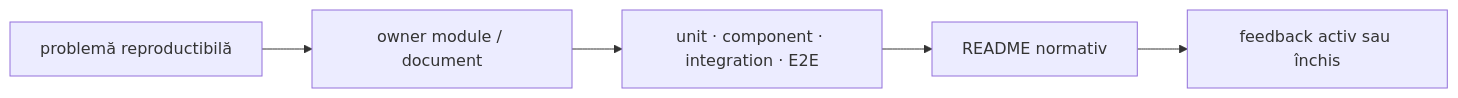
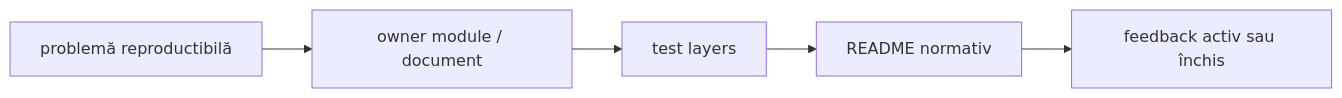
Before and after one commit to crististefanita/demo2: the diagram in docs/feedback/README.md, drawn with Mermaid. The commit also changed other lines of this file and 132 other files, not shown here.

````diff
--- a/docs/feedback/README.md
+++ b/docs/feedback/README.md
@@ -52,7 +52,7 @@
 ```mermaid
 flowchart LR
     Finding[problemă reproductibilă] --> Owner[owner module / document]
-    Owner --> Test[unit · component · integration · E2E]
+    Owner --> Test[test layers]
     Test --> Contract[README normativ]
     Contract --> Registry[feedback activ sau închis]
 ```
````
